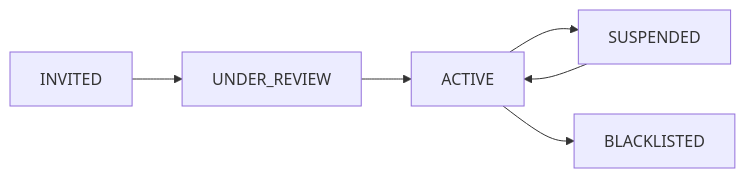
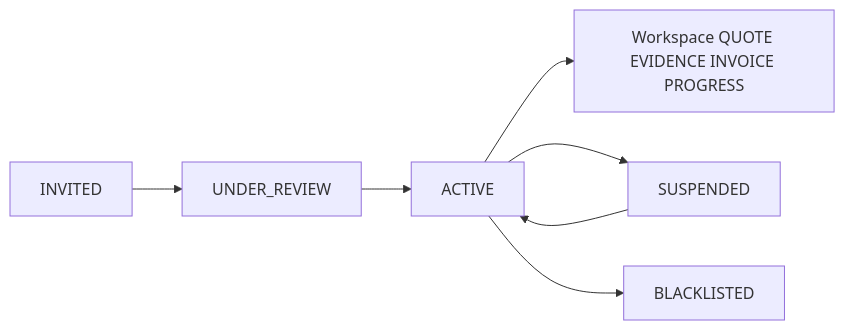
The fifth of 6 diagrams in docs/SYSTEM.md (kshitiz-12/Orchestration), drawn with Mermaid before and after one commit. The commit also changed other lines of this file and 2 other files, not shown here.

````diff
--- a/docs/SYSTEM.md
+++ b/docs/SYSTEM.md
@@ -224,8 +253,9 @@
 ```mermaid
 flowchart LR
   I[INVITED] --> U[UNDER_REVIEW]
   U --> A[ACTIVE]
+  A --> WS[Workspace QUOTE EVIDENCE INVOICE PROGRESS]
   A --> S[SUSPENDED]
   A --> B[BLACKLISTED]
   S --> A
 ```
````
